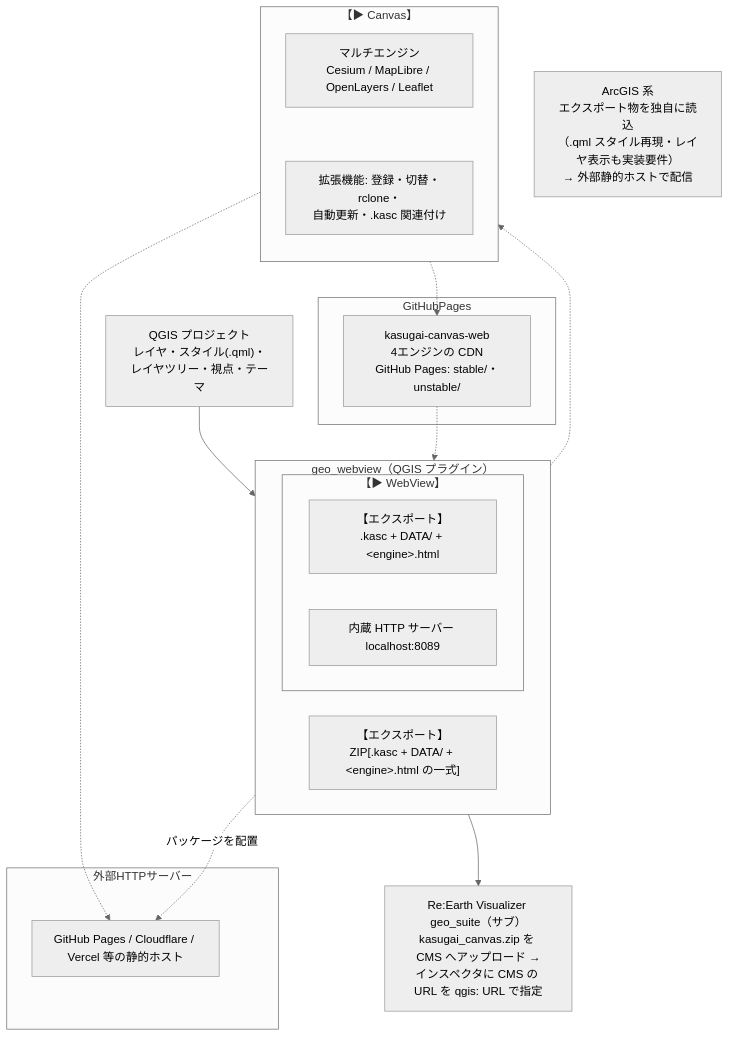
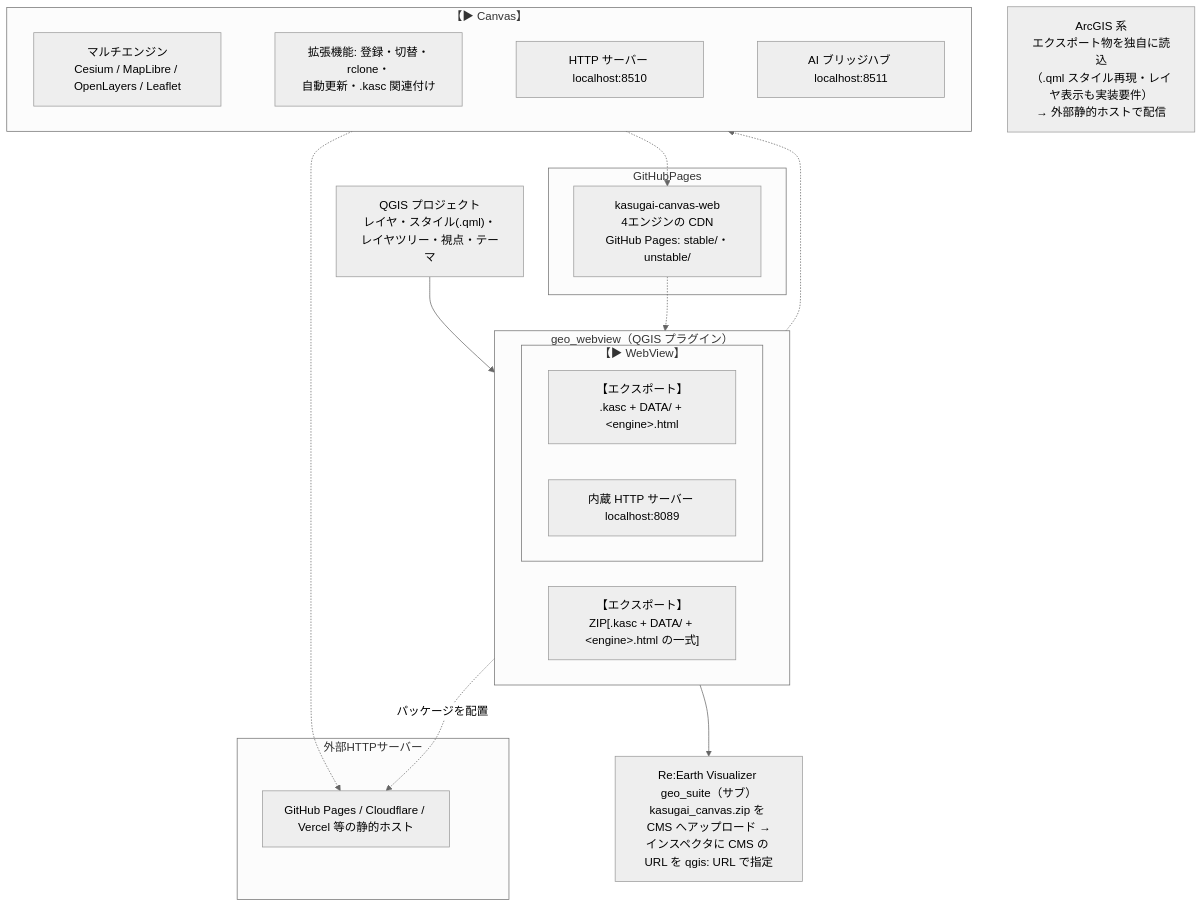
The diagram in qgis-plugin/geo_webview/README_JP.md (yamamoto-ryuzo/qgis_live_harness), drawn with Mermaid (neutral theme) before and after one commit. The commit also changed 18 other files, not shown here.

First line of the commit message:
geo_webview 3.36.8: .qmlシンボル画像をDATA/へ複製・連携図へCanvasポート明示

````diff
--- a/qgis-plugin/geo_webview/README_JP.md
+++ b/qgis-plugin/geo_webview/README_JP.md
@@ -39,37 +39,39 @@
 ```mermaid
 flowchart TB
     QGIS["QGIS プロジェクト<br>レイヤ・スタイル(.qml)・レイヤツリー・視点・テーマ"]
 
     subgraph GWBOX["geo_webview（QGIS プラグイン）"]
         direction LR
         subgraph FNC["【▶ WebView】"]
             GW["【エクスポート】<br>.kasc + DATA/ + &lt;engine&gt;.html"]
             SRV["内蔵 HTTP サーバー localhost:8089"]
         end
         ZIP["【エクスポート】<br>ZIP[.kasc + DATA/ + &lt;engine&gt;.html の一式]"]
     end
 
     subgraph KCBOX["【▶ Canvas】"]
-        direction TB
+        direction LR
         ENG["マルチエンジン<br>Cesium / MapLibre / OpenLayers / Leaflet"]
         KCF["拡張機能: 登録・切替・rclone・<br>自動更新・.kasc 関連付け"]
-        ENG ~~~ KCF
+        KCS["HTTP サーバー localhost:8510"]
+        KCB["AI ブリッジハブ localhost:8511"]
+        ENG ~~~ KCF ~~~ KCS ~~~ KCB
     end
     subgraph WEBBOX["外部HTTPサーバー"]
         WEB["GitHub Pages / Cloudflare / Vercel 等の静的ホスト"]
     end
     subgraph GHBOX["GitHubPages"]
         CDN["kasugai-canvas-web<br>4エンジンの CDN<br>GitHub Pages: stable/・unstable/"]
     end
     RE["Re:Earth Visualizer geo_suite（サブ）<br>kasugai_canvas.zip を CMS へアップロード →<br>インスペクタに CMS の URL を qgis: URL で指定"]
 
     AG["ArcGIS 系<br>エクスポート物を独自に読込<br>（.qml スタイル再現・レイヤ表示も実装要件）<br>→ 外部静的ホストで配信"]
 
     QGIS --> GWBOX
     GW -.-> KCBOX
     GW -.->|"パッケージを配置"| WEB
     ENG -.-> WEB
     ENG -.-> CDN
     CDN -.-> FNC
     ZIP --> RE
 ```
````
